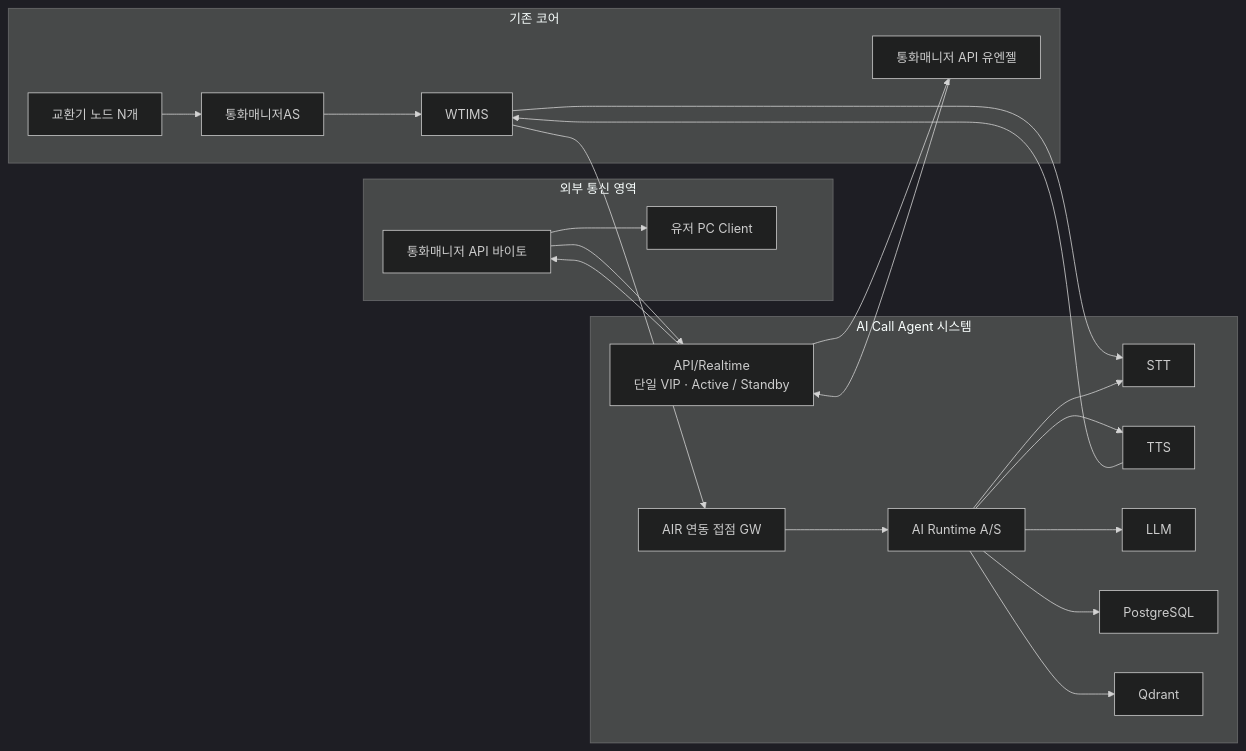
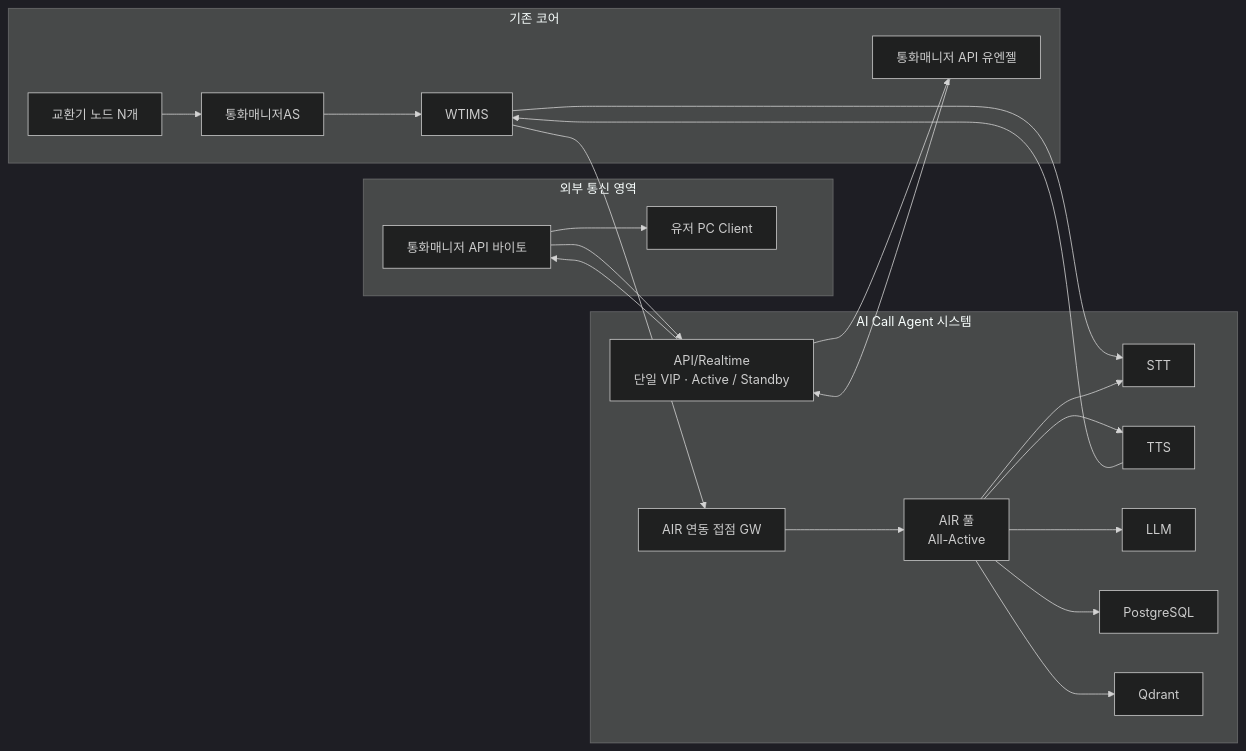
One commit to hak023/agentic_ai_callbot changed the third of 7 diagrams in docs/architecture/production-deployment-architecture.md. Above: the diagram before and after it, drawn with Mermaid (dark theme). The commit also changed other lines of this file, not shown here.

First line of the commit message:
docs(architecture): production deployment — AI Runtime MM, GW vs L4 검토 반영

````diff
--- a/docs/architecture/production-deployment-architecture.md
+++ b/docs/architecture/production-deployment-architecture.md
@@ -378,36 +369,36 @@
 ```mermaid
 flowchart LR
     subgraph EXT["외부 통신 영역"]
         PCL["유저 PC Client"]
         BAPI["통화매니저 API 바이토"]
     end
     subgraph CORE["기존 코어"]
         EX["교환기 노드 N개"]
         CM["통화매니저AS"]
         WT["WTIMS"]
         UAPI["통화매니저 API 유엔젤"]
     end
     subgraph ACA["AI Call Agent 시스템"]
         GW["AIR 연동 접점 GW"]
-        AIR["AI Runtime A/S"]
+        AIR["AIR 풀<br/>All-Active"]
         STT["STT"]
         TTS["TTS"]
         LLM["LLM"]
         API["API/Realtime<br/>단일 VIP · Active / Standby"]
         PG["PostgreSQL"]
         QD["Qdrant"]
     end
     EX --> CM --> WT
     WT --> GW --> AIR
     WT --> STT
     AIR --> STT
     AIR --> TTS --> WT
     AIR --> LLM
     UAPI --> API
     BAPI --> API
     API --> UAPI
     API --> BAPI
     BAPI --> PCL
     AIR --> PG
     AIR --> QD
 ```
````
